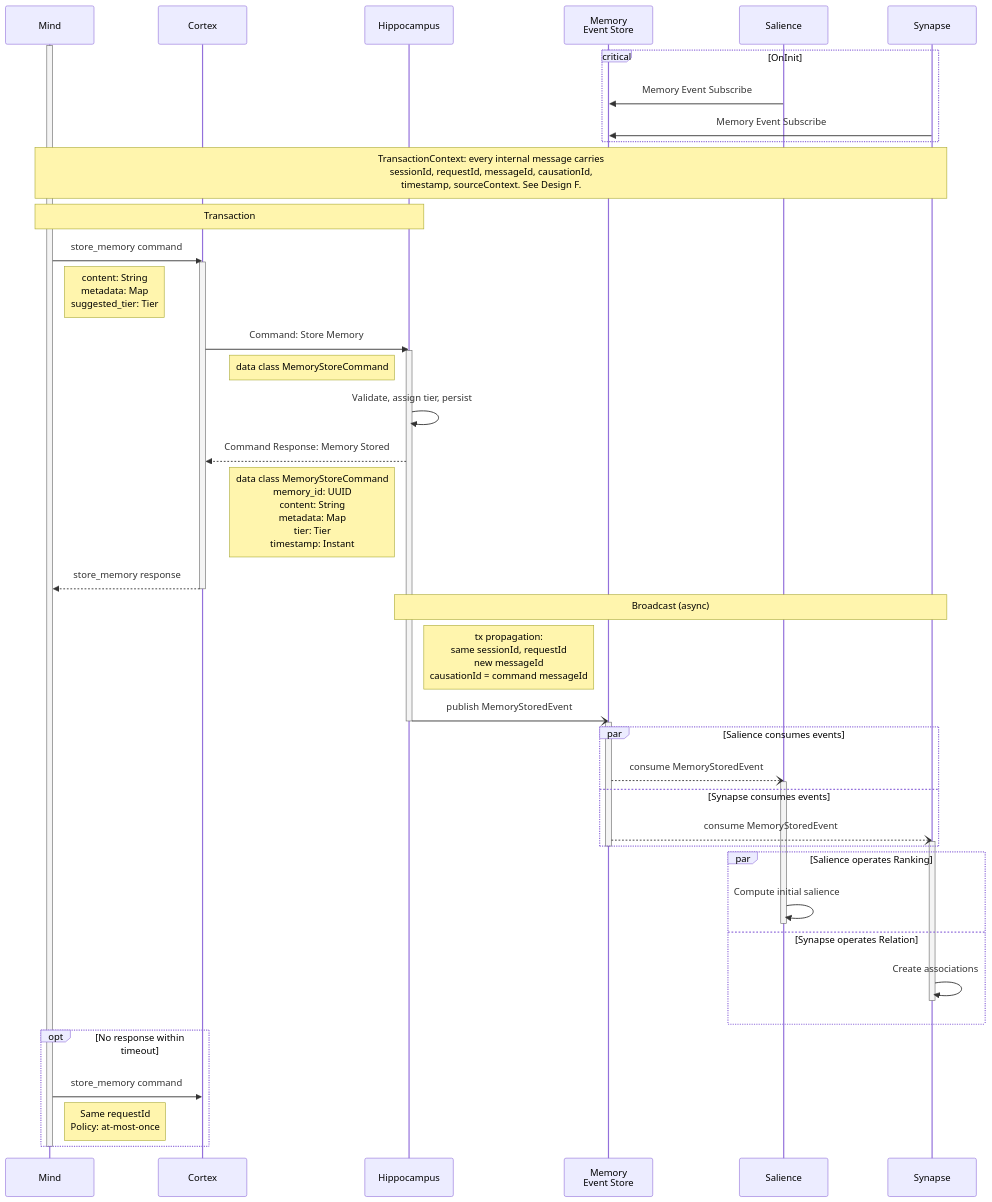
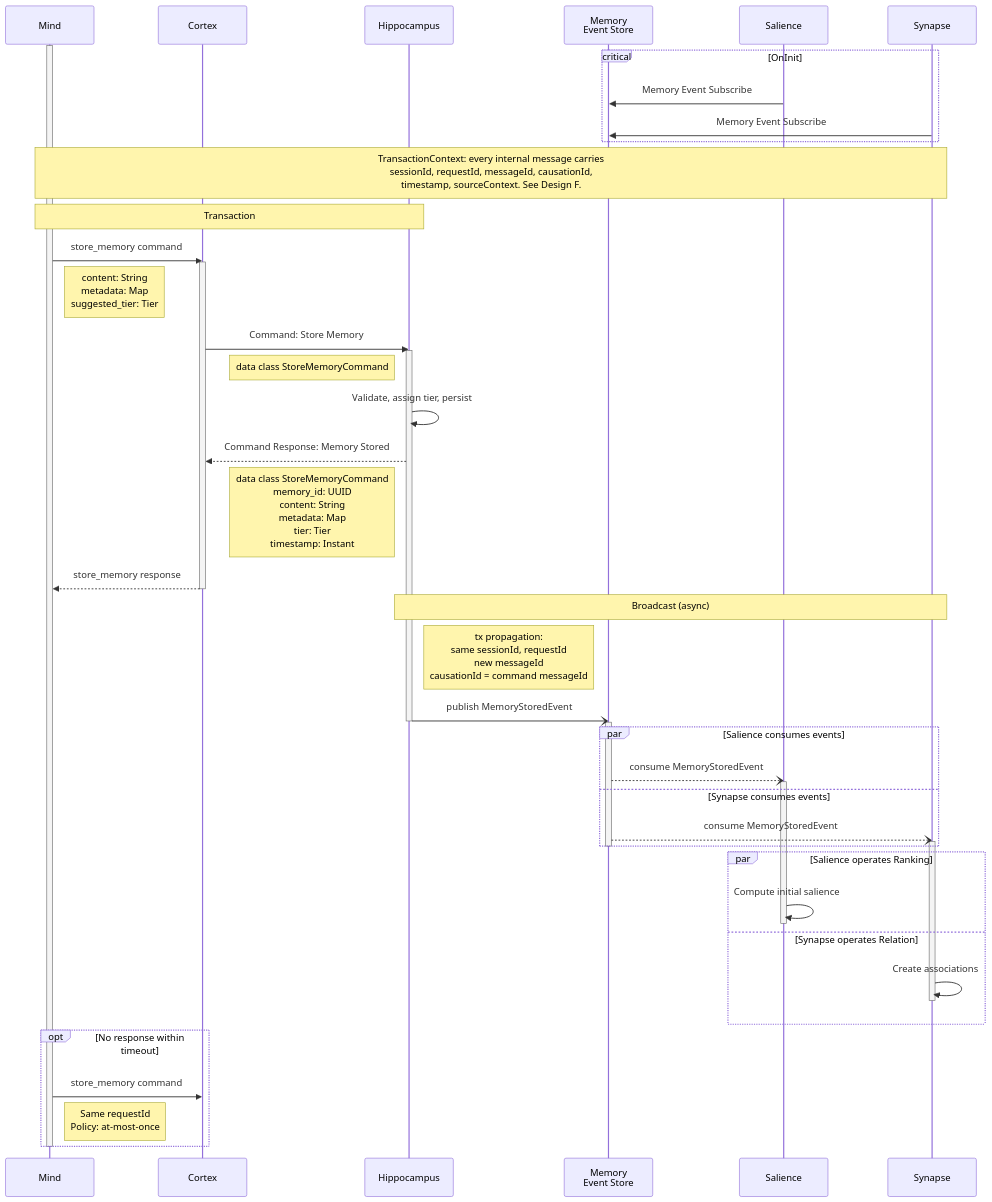
Before and after one commit to Mimis-Gildi/mcp-total-recall: the diagram in site/_includes/diagrams/msg-0001-store-memory.mmd, drawn with Mermaid. The commit also changed 109 other files, not shown here.

```diff
--- a/site/_includes/diagrams/msg-0001-store-memory.mmd
+++ b/site/_includes/diagrams/msg-0001-store-memory.mmd
@@ -1,67 +1,67 @@
 sequenceDiagram
     participant M as Mind
     participant CX as Cortex
     participant HP as Hippocampus
     participant ES as Memory<br/> Event Store
     participant SL as Salience
     participant SY as Synapse
 
     activate M
 
     critical OnInit
         SL ->> ES: Memory Event Subscribe
         SY ->> ES: Memory Event Subscribe
     end
 
     Note over M,SY: TransactionContext: every internal message carries<br/>sessionId, requestId, messageId, causationId,<br/>timestamp, sourceContext. See Design F.
 
     Note over M,HP: Transaction
     M->>CX: store_memory command
     activate CX
     Note right of M: content: String<br/>metadata: Map<br/>suggested_tier: Tier
 
 
     CX->>HP: Command: Store Memory
     activate HP
-    Note left of HP: data class MemoryStoreCommand
+    Note left of HP: data class StoreMemoryCommand
 
     HP->>HP: Validate, assign tier, persist
     HP-->>CX: Command Response: Memory Stored
-    Note left of HP: data class MemoryStoreCommand<br/> memory_id: UUID<br/>content: String<br/>metadata: Map<br/>tier: Tier<br/>timestamp: Instant
+    Note left of HP: data class StoreMemoryCommand<br/> memory_id: UUID<br/>content: String<br/>metadata: Map<br/>tier: Tier<br/>timestamp: Instant
     CX-->>M: store_memory response
 
     deactivate CX
 
     Note over HP,SY: Broadcast (async)
     Note right of HP: tx propagation:<br/>same sessionId, requestId<br/>new messageId<br/>causationId = command messageId
     HP-)ES: publish MemoryStoredEvent
     deactivate HP
     activate ES
 
 
     par Salience consumes events
         ES--)SL: consume MemoryStoredEvent
         activate SL
 
     and Synapse consumes events
         ES--)SY: consume MemoryStoredEvent
         activate SY
 
     end
 
     deactivate ES
 
     par Salience operates Ranking
         SL->>SL: Compute initial salience
         deactivate SL
     and Synapse operates Relation
         SY->>SY: Create associations
         deactivate SY
     end
 
     opt No response within timeout
         M->>CX: store_memory command
         Note right of M: Same requestId<br/>Policy: at-most-once
     end
 
     deactivate M
```
